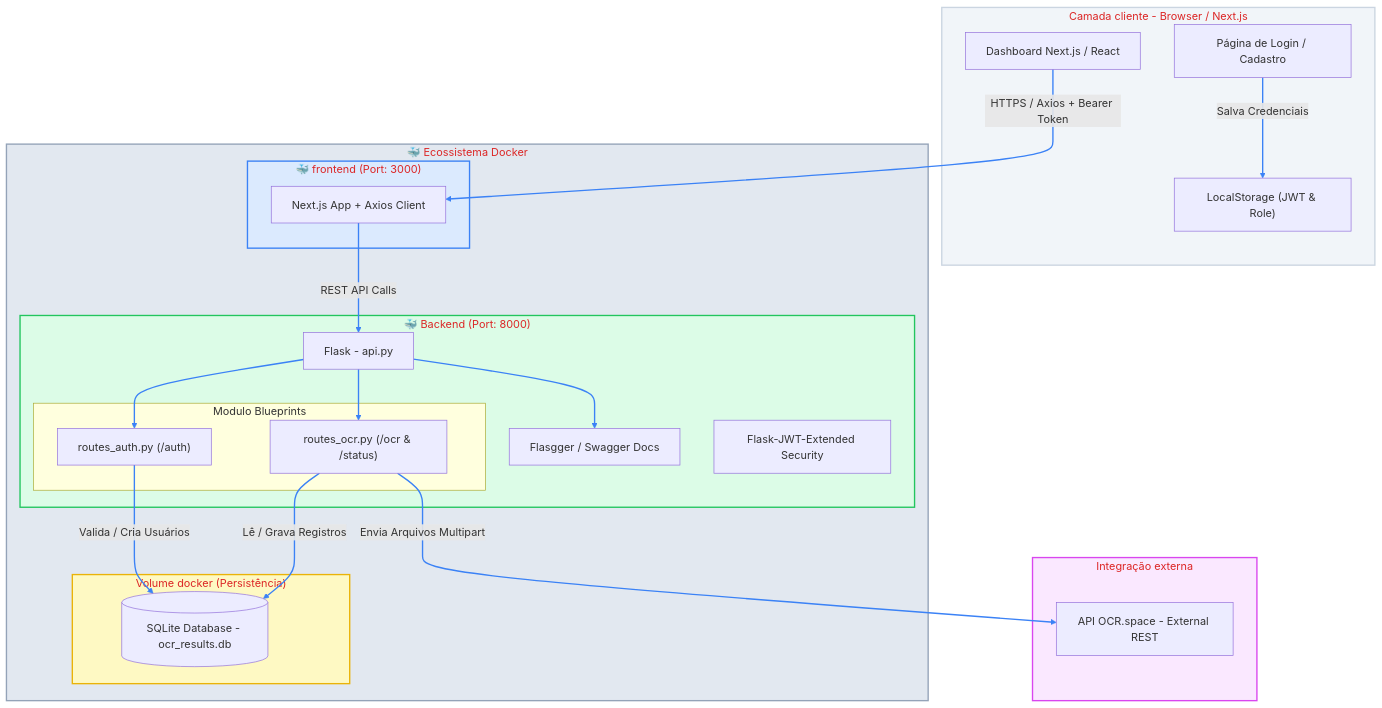
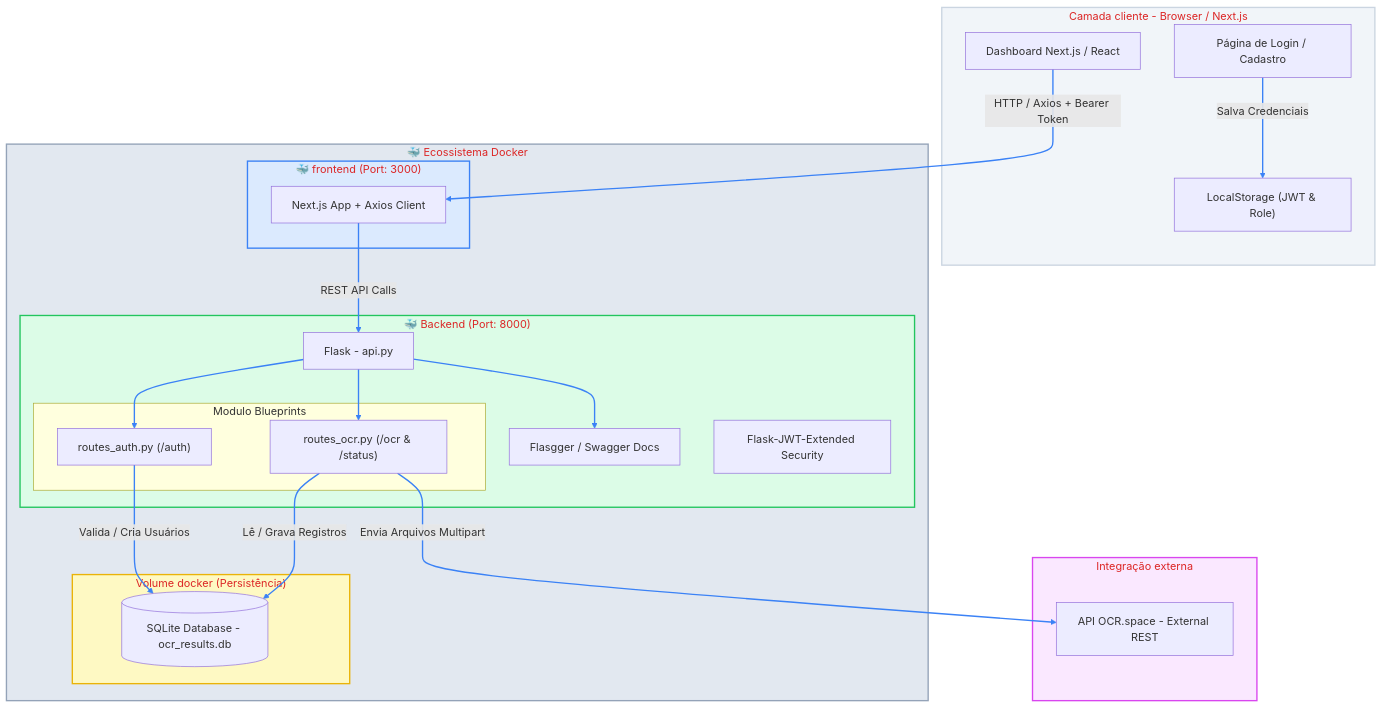
Before and after one commit to 7silasmelo7/frontendocr: the diagram in README.md, drawn with Mermaid.

````diff
--- a/README.md
+++ b/README.md
@@ -76,62 +76,62 @@
 ```mermaid
 graph TD
     %% Camada de Cliente / Frontend
     subgraph Client ["Camada cliente - Browser / Next.js"]
         UI["Dashboard Next.js / React"]
         AuthUI["Página de Login / Cadastro"]
         Store["LocalStorage (JWT & Role)"]
     end
 
     %% Ecossistema Docker
     subgraph Docker ["🐳 Ecossistema Docker"]
         
         subgraph FE_Container ["🐳 frontend (Port: 3000)"]
             NextApp["Next.js App + Axios Client"]
         end
 
         subgraph BE_Container ["🐳 Backend (Port: 8000)"]
             FlaskCore["Flask - api.py"]
             SwaggerUI["Flasgger / Swagger Docs"]
             
             subgraph Blueprints ["Modulo Blueprints"]
                 AuthBP["routes_auth.py (/auth)"]
                 OcrBP["routes_ocr.py (/ocr & /status)"]
             end
             
             JWT["Flask-JWT-Extended Security"]
         end
 
         subgraph Volume ["Volume docker (Persistência)"]
             DB[(SQLite Database - ocr_results.db)]
         end
     end
 
     %% Integração Externa
     subgraph External ["Integração externa"]
         OCRAPI["API OCR.space - External REST"]
     end
 
     %% Conexões e Fluxos
-    UI -->|HTTPS / Axios + Bearer Token| NextApp
+    UI -->|HTTP / Axios + Bearer Token| NextApp
     AuthUI -->|Salva Credenciais| Store
     NextApp -->|REST API Calls| FlaskCore
     
     FlaskCore --> AuthBP
     FlaskCore --> OcrBP
     FlaskCore --> SwaggerUI
     
     AuthBP -->|Valida / Cria Usuários| DB
     OcrBP -->|Lê / Grava Registros| DB
     OcrBP -->|Envia Arquivos Multipart| OCRAPI
 
     %% Estilização aplicada (caixas e textos em vermelho)
     style Client fill:#f1f5f9,stroke:#cbd5e1,stroke-width:2px,color:#dc2626
     style Docker fill:#e2e8f0,stroke:#94a3b8,stroke-width:2px,color:#dc2626
     style FE_Container fill:#dbeafe,stroke:#3b82f6,stroke-width:2px,color:#dc2626
     style BE_Container fill:#dcfce7,stroke:#22c55e,stroke-width:2px,color:#dc2626
     style Volume fill:#fef9c3,stroke:#eab308,stroke-width:2px,color:#dc2626
     style External fill:#fae8ff,stroke:#d946ef,stroke-width:2px,color:#dc2626
 
     %% Estilização das setas (Azul)
     linkStyle 0,1,2,3,4,5,6,7,8 stroke:#3b82f6,stroke-width:2px;
 ```
````
